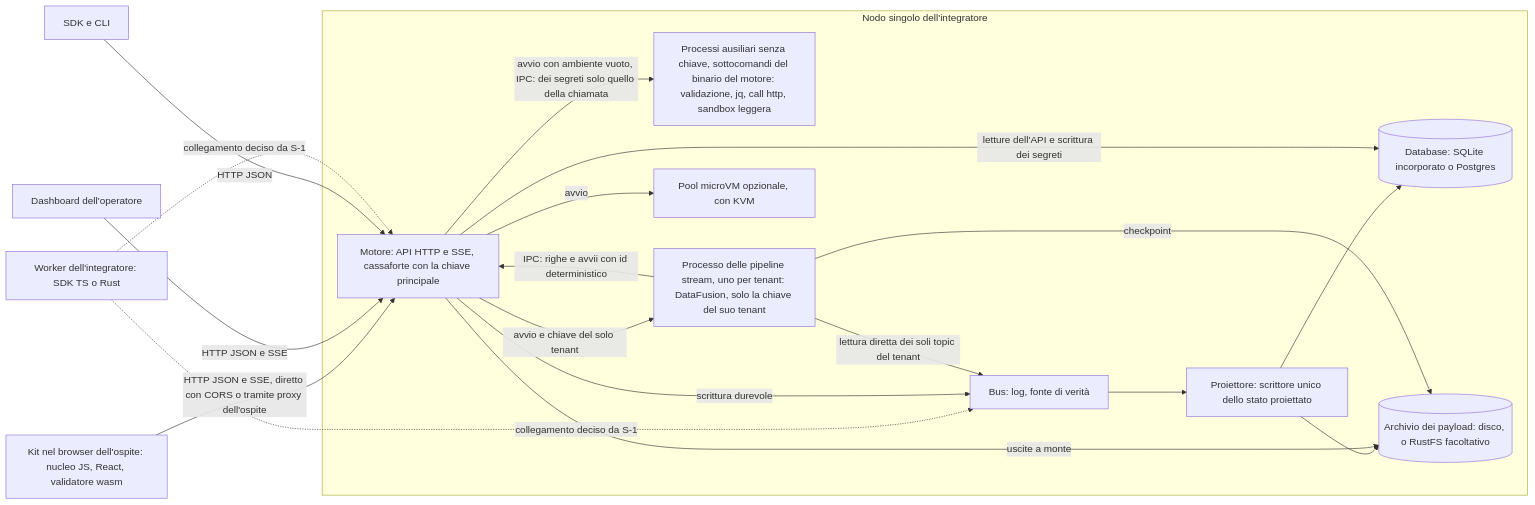
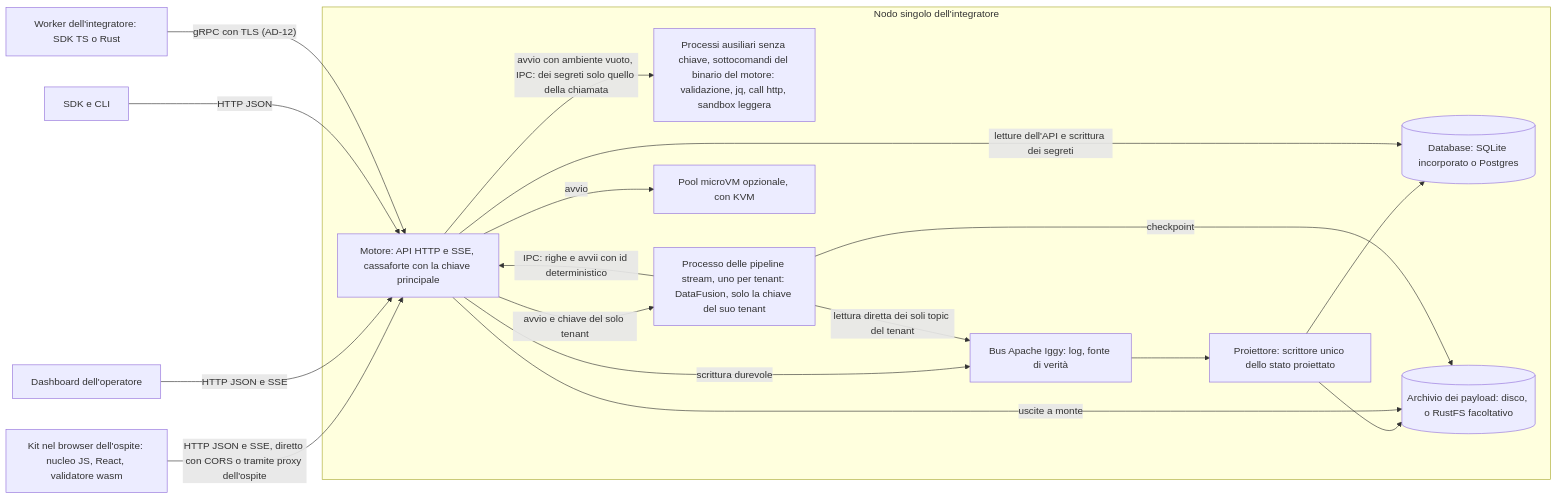
One commit to topictoast/topictoast changed the second of 3 diagrams in docs/architecture/architecture-topictoast-2026-11-20/ARCHITECTURE-SPINE.md. Above: the diagram before and after it, drawn with Mermaid. The commit also changed other lines of this file and 5 other files, not shown here.

Commit message:
docs(architecture): update the spine after spike S-1 (bus ADR), AD ids stable

````diff
--- a/docs/architecture/architecture-topictoast-2026-11-20/ARCHITECTURE-SPINE.md
+++ b/docs/architecture/architecture-topictoast-2026-11-20/ARCHITECTURE-SPINE.md
@@ -712,35 +721,34 @@
 ```mermaid
 flowchart LR
   subgraph node1 ["Nodo singolo dell'integratore"]
     engine["Motore: API HTTP e SSE, cassaforte con la chiave principale"]
     projector["Proiettore: scrittore unico dello stato proiettato"]
     helpers["Processi ausiliari senza chiave, sottocomandi del binario del motore: validazione, jq, call http, sandbox leggera"]
     streams["Processo delle pipeline stream, uno per tenant: DataFusion, solo la chiave del suo tenant"]
-    bus["Bus: log, fonte di verità"]
+    bus["Bus Apache Iggy: log, fonte di verità"]
     db[("Database: SQLite incorporato o Postgres")]
     files[("Archivio dei payload: disco, o RustFS facoltativo")]
     microvm["Pool microVM opzionale, con KVM"]
   end
   workers["Worker dell'integratore: SDK TS o Rust"]
   kit["Kit nel browser dell'ospite: nucleo JS, React, validatore wasm"]
   dash["Dashboard dell'operatore"]
   sdkcli["SDK e CLI"]
 
   kit -->|"HTTP JSON e SSE, diretto con CORS o tramite proxy dell'ospite"| engine
   dash -->|"HTTP JSON e SSE"| engine
   sdkcli -->|"HTTP JSON"| engine
-  workers -.->|"collegamento deciso da S-1"| engine
-  workers -.->|"collegamento deciso da S-1"| bus
+  workers -->|"gRPC con TLS (AD-12)"| engine
   engine -->|"scrittura durevole"| bus
   bus --> projector
   projector --> db
   projector --> files
   engine -->|"letture dell'API e scrittura dei segreti"| db
   engine -->|"uscite a monte"| files
   engine -->|"avvio con ambiente vuoto, IPC: dei segreti solo quello della chiamata"| helpers
   engine -->|"avvio e chiave del solo tenant"| streams
   streams -->|"IPC: righe e avvii con id deterministico"| engine
   engine -->|"avvio"| microvm
   streams -->|"lettura diretta dei soli topic del tenant"| bus
   streams -->|"checkpoint"| files
 ```
````
